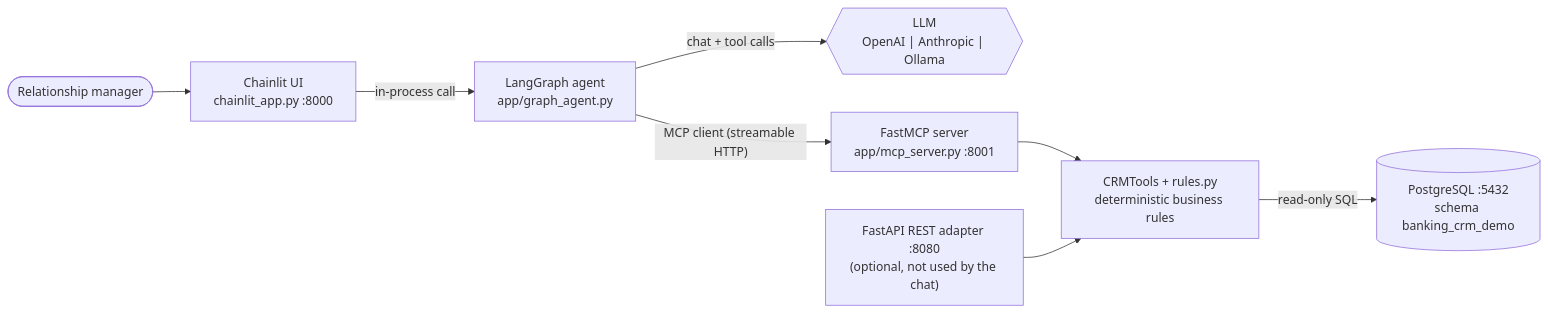
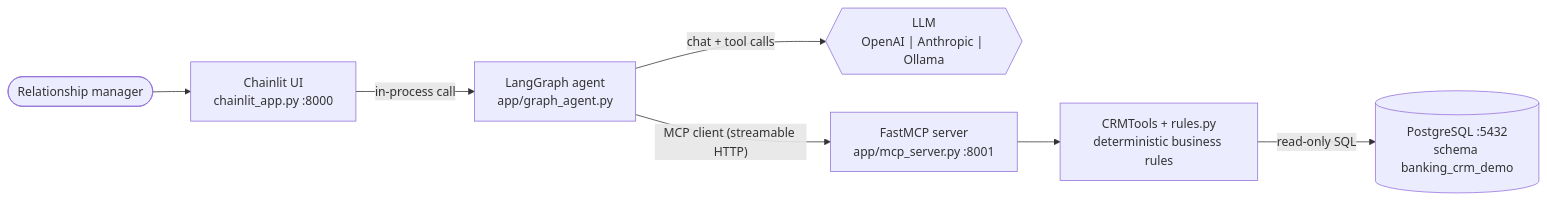
The diagram in README.md (satyensingh/banking-crm-agent), drawn with Mermaid before and after one commit. The commit also changed other lines of this file and 9 other files, not shown here.

Commit message:
removed rest api

````diff
--- a/README.md
+++ b/README.md
@@ -30,10 +30,9 @@
 ```mermaid
 flowchart LR
     RM([Relationship manager]) --> UI["Chainlit UI<br/>chainlit_app.py :8000"]
     UI -->|in-process call| AG["LangGraph agent<br/>app/graph_agent.py"]
     AG -->|chat + tool calls| LLM{{"LLM<br/>OpenAI | Anthropic | Ollama"}}
     AG -->|"MCP client (streamable HTTP)"| MCP["FastMCP server<br/>app/mcp_server.py :8001"]
     MCP --> SVC["CRMTools + rules.py<br/>deterministic business rules"]
     SVC -->|read-only SQL| DB[("PostgreSQL :5432<br/>schema banking_crm_demo")]
-    REST["FastAPI REST adapter :8080<br/>(optional, not used by the chat)"] --> SVC
 ```
````
